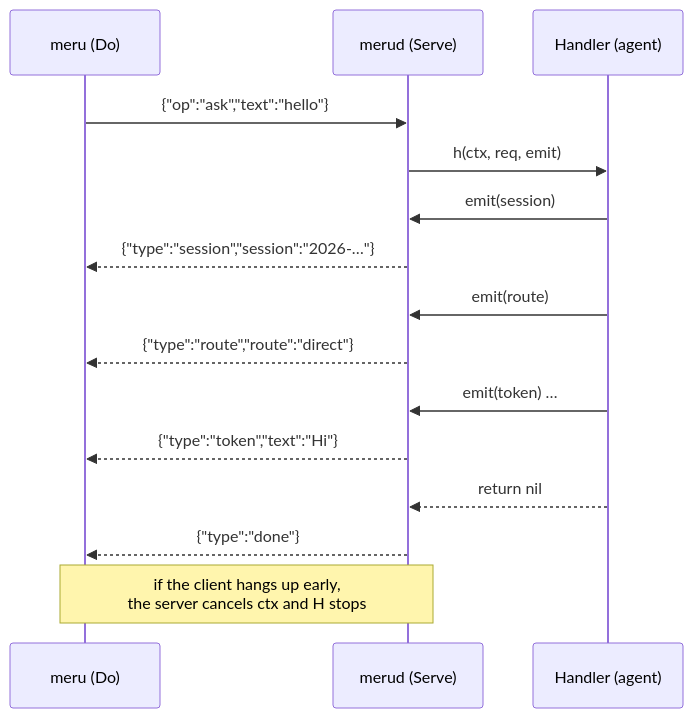
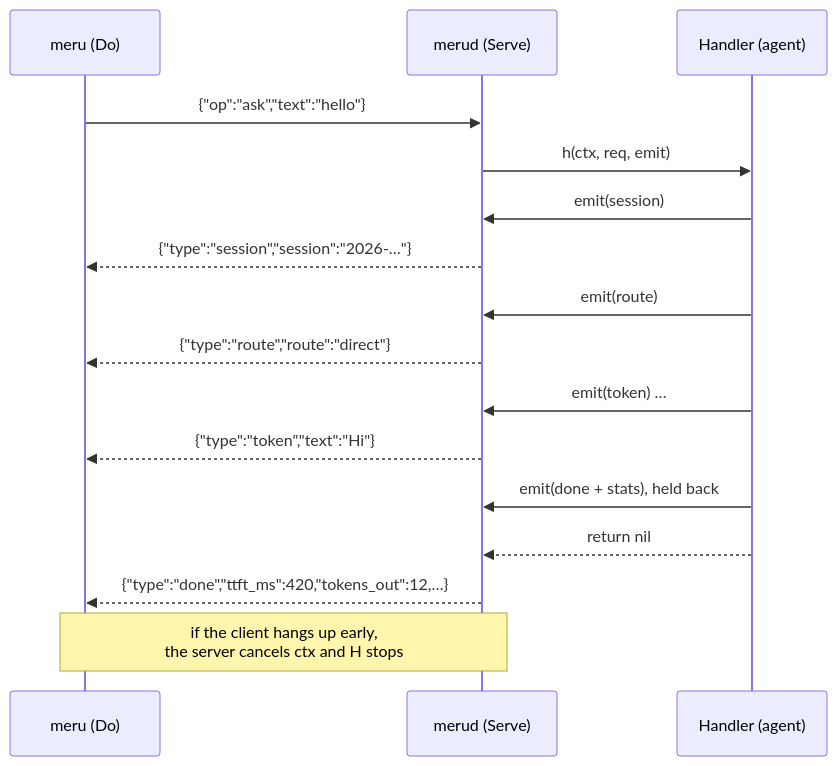
One commit to aarora79/meru changed the diagram in docs/coding-notes/rpc.md. Above: the diagram before and after it, drawn with Mermaid. The commit also changed other lines of this file and 30 other files, not shown here.

````diff
--- a/docs/coding-notes/rpc.md
+++ b/docs/coding-notes/rpc.md
@@ -21,17 +21,18 @@
 ```mermaid
 sequenceDiagram
     participant C as meru (Do)
     participant S as merud (Serve)
     participant H as Handler (agent)
     C->>S: {"op":"ask","text":"hello"}
     S->>H: h(ctx, req, emit)
     H->>S: emit(session)
     S-->>C: {"type":"session","session":"2026-…"}
     H->>S: emit(route)
     S-->>C: {"type":"route","route":"direct"}
     H->>S: emit(token) …
     S-->>C: {"type":"token","text":"Hi"}
+    H->>S: emit(done + stats), held back
     H-->>S: return nil
-    S-->>C: {"type":"done"}
+    S-->>C: {"type":"done","ttft_ms":420,"tokens_out":12,…}
     Note over C,S: if the client hangs up early,<br/>the server cancels ctx and H stops
 ```
````
